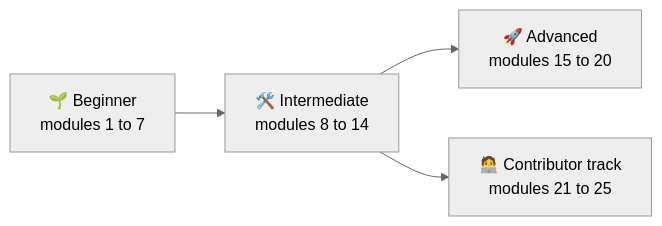
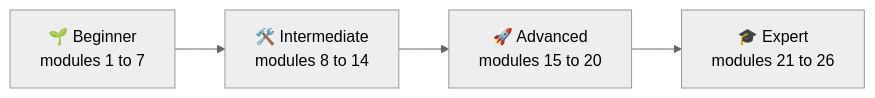
The diagram in docs/intro.mdx (ThaminduDilshan/thunderid-crash-course), drawn with Mermaid (neutral theme) before and after one commit. The commit also changed other lines of this file and 21 other files, not shown here.

Commit message:
Rename the Contributor track to Expert and add entity, caching and engine modules

````diff
--- a/docs/intro.mdx
+++ b/docs/intro.mdx
@@ -29,6 +29,6 @@
 ```mermaid
 flowchart LR
   B["🌱 Beginner<br/>modules 1 to 7"] --> I["🛠️ Intermediate<br/>modules 8 to 14"]
   I --> A["🚀 Advanced<br/>modules 15 to 20"]
-  I --> C["🧑‍💻 Contributor track<br/>modules 21 to 25"]
+  A --> E["🎓 Expert<br/>modules 21 to 26"]
 ```
````
